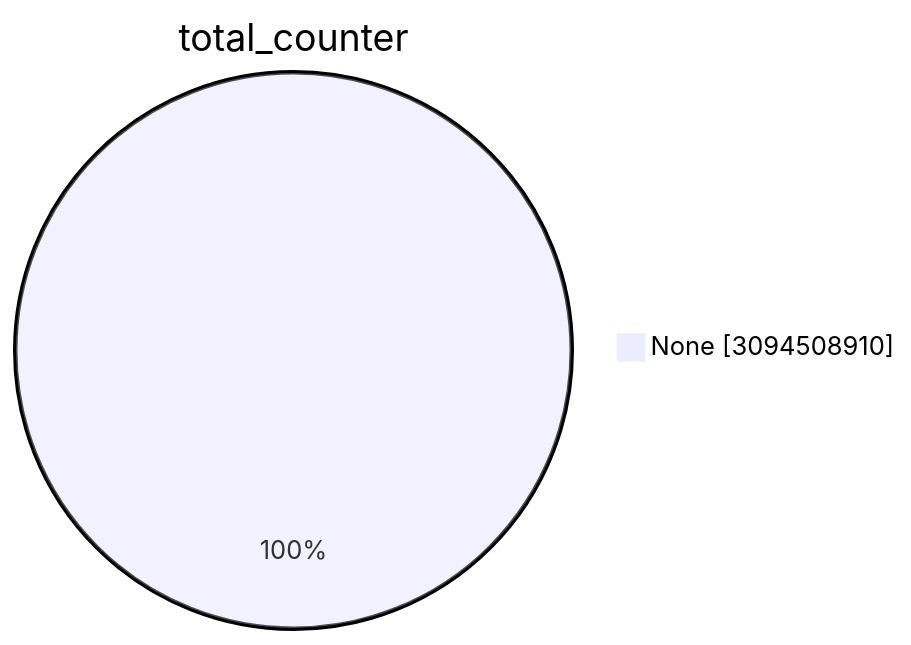
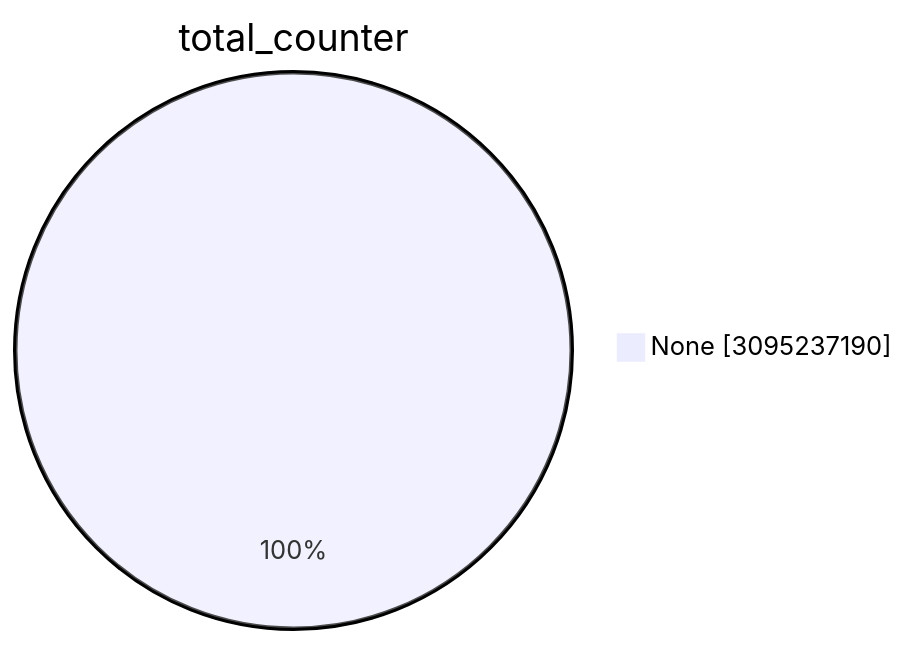
The first of 15 diagrams in TOTAL/README.md (christiankrug/ctmonitor_visualization), drawn with Mermaid before and after one commit. The commit also changed other lines of this file, not shown here.

````diff
--- a/TOTAL/README.md
+++ b/TOTAL/README.md
@@ -1,5 +1,5 @@
 ```mermaid
 pie showData
 title total_counter
-"None" :3094508910
+"None" :3095237190
 ```
````
